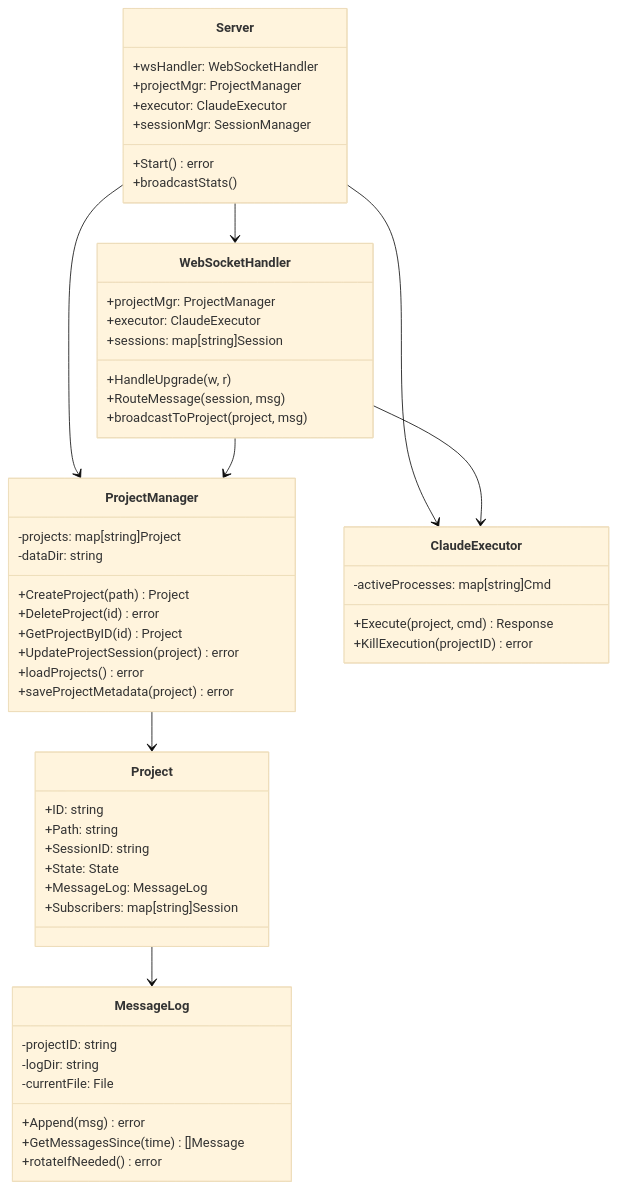
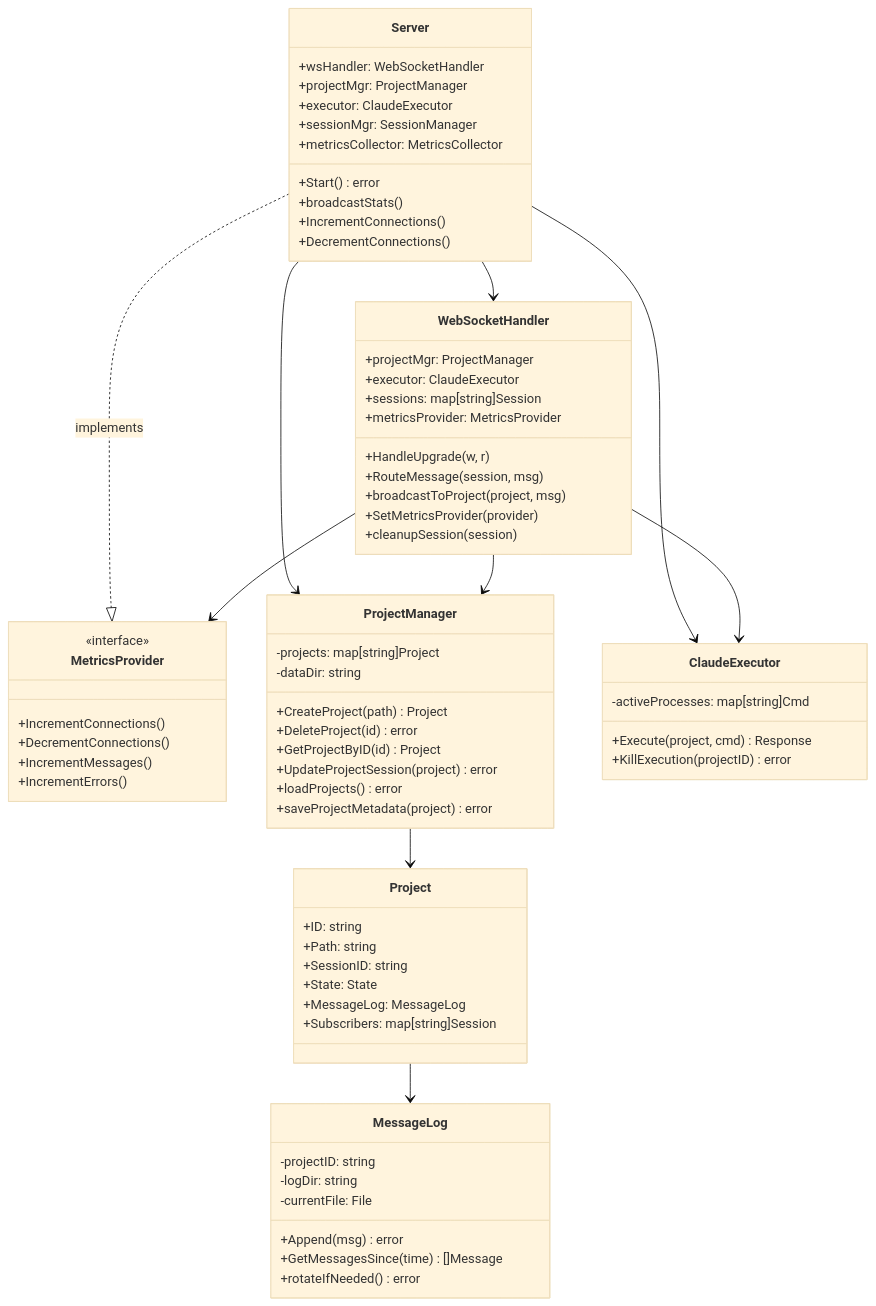
The second of 4 diagrams in documentation/modules/server/features/websocket-api/design.md (bebsworthy/pocket_agent), drawn with Mermaid (base theme) before and after one commit. The commit also changed other lines of this file and 1 other file, not shown here.

First line of the commit message:
docs: update WebSocket API documentation with recent improvements

````diff
--- a/documentation/modules/server/features/websocket-api/design.md
+++ b/documentation/modules/server/features/websocket-api/design.md
@@ -39,63 +39,79 @@
 ```mermaid
 classDiagram
     class Server {
         +wsHandler: WebSocketHandler
         +projectMgr: ProjectManager
         +executor: ClaudeExecutor
         +sessionMgr: SessionManager
+        +metricsCollector: MetricsCollector
         +Start() error
         +broadcastStats()
+        +IncrementConnections()
+        +DecrementConnections()
     }
     
     class WebSocketHandler {
         +projectMgr: ProjectManager
         +executor: ClaudeExecutor
         +sessions: map[string]Session
+        +metricsProvider: MetricsProvider
         +HandleUpgrade(w, r)
         +RouteMessage(session, msg)
         +broadcastToProject(project, msg)
+        +SetMetricsProvider(provider)
+        +cleanupSession(session)
+    }
+    
+    class MetricsProvider {
+        <<interface>>
+        +IncrementConnections()
+        +DecrementConnections()
+        +IncrementMessages()
+        +IncrementErrors()
     }
     
     class ProjectManager {
         -projects: map[string]Project
         -dataDir: string
         +CreateProject(path) Project
         +DeleteProject(id) error
         +GetProjectByID(id) Project
         +UpdateProjectSession(project) error
         +loadProjects() error
         +saveProjectMetadata(project) error
     }
     
     class ClaudeExecutor {
         -activeProcesses: map[string]Cmd
         +Execute(project, cmd) Response
         +KillExecution(projectID) error
     }
     
     class Project {
         +ID: string
         +Path: string
         +SessionID: string
         +State: State
         +MessageLog: MessageLog
         +Subscribers: map[string]Session
     }
     
     class MessageLog {
         -projectID: string
         -logDir: string
         -currentFile: File
         +Append(msg) error
         +GetMessagesSince(time) []Message
         +rotateIfNeeded() error
     }
     
     Server --> WebSocketHandler
     Server --> ProjectManager
     Server --> ClaudeExecutor
+    Server ..|> MetricsProvider : implements
     WebSocketHandler --> ProjectManager
     WebSocketHandler --> ClaudeExecutor
+    WebSocketHandler --> MetricsProvider
     ProjectManager --> Project
     Project --> MessageLog
 ```
````
